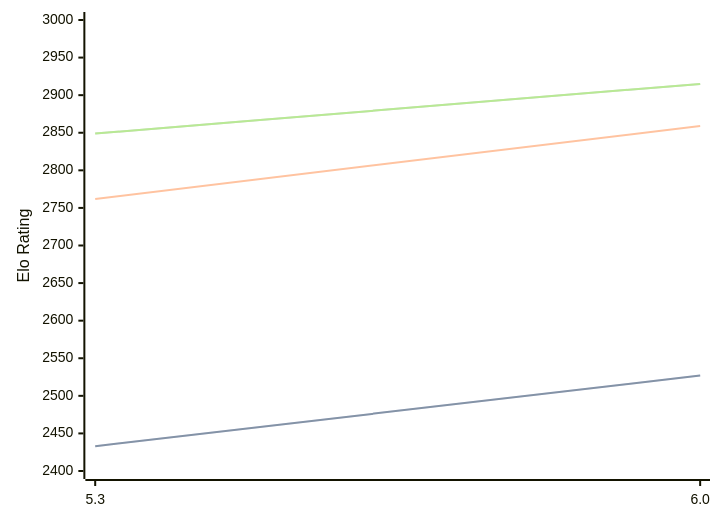
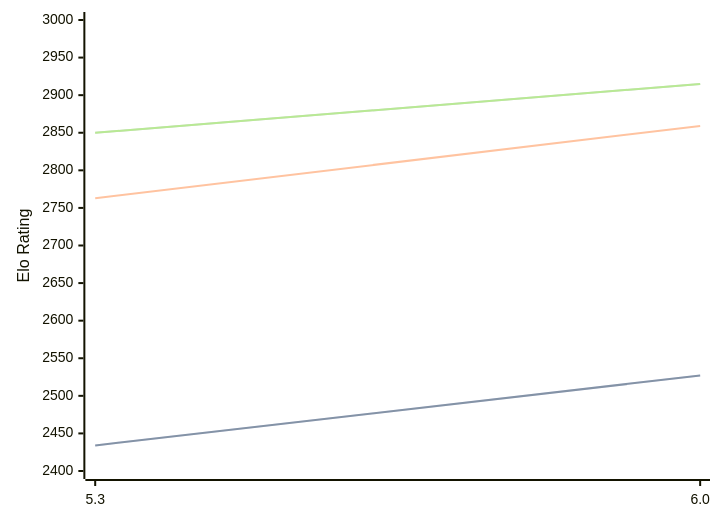
Before and after one commit to computer-chess-index/cci: the diagram in engines/tomitankChess.md, drawn with Mermaid. The commit also changed other lines of this file, not shown here.

Commit message:
Update CCI Ratings (ELO VLTC) - 2026-05-01

````diff
--- a/engines/tomitankChess.md
+++ b/engines/tomitankChess.md
@@ -40,11 +40,11 @@
 ```mermaid
 %%{init: {"theme":"base","themeVariables":{"seriesColors:['#a3a3a3','#222221','#faa371']}}}%%
 xychart-beta
   x-axis ["5.3", "6.0"]
   y-axis "Elo Rating" 2400 --> 3000
-  line "STC (8.0+0.08s)" [2433, 2527]
-  line "STC (8.0+0.08s)" [2433, 2527]
-  line "LTC (60.0+0.60s)" [2762, 2859]
-  line "VLTC (2m24s+1.12s)" [2849, 2915]
-  line "VLTC (2m24s+1.12s)" [2849, 2915]
+  line "STC (8.0+0.08s)" [2434, 2527]
+  line "STC (8.0+0.08s)" [2434, 2527]
+  line "LTC (60.0+0.60s)" [2763, 2859]
+  line "VLTC (2m24s+1.12s)" [2850, 2915]
+  line "VLTC (2m24s+1.12s)" [2850, 2915]
 ```
````
